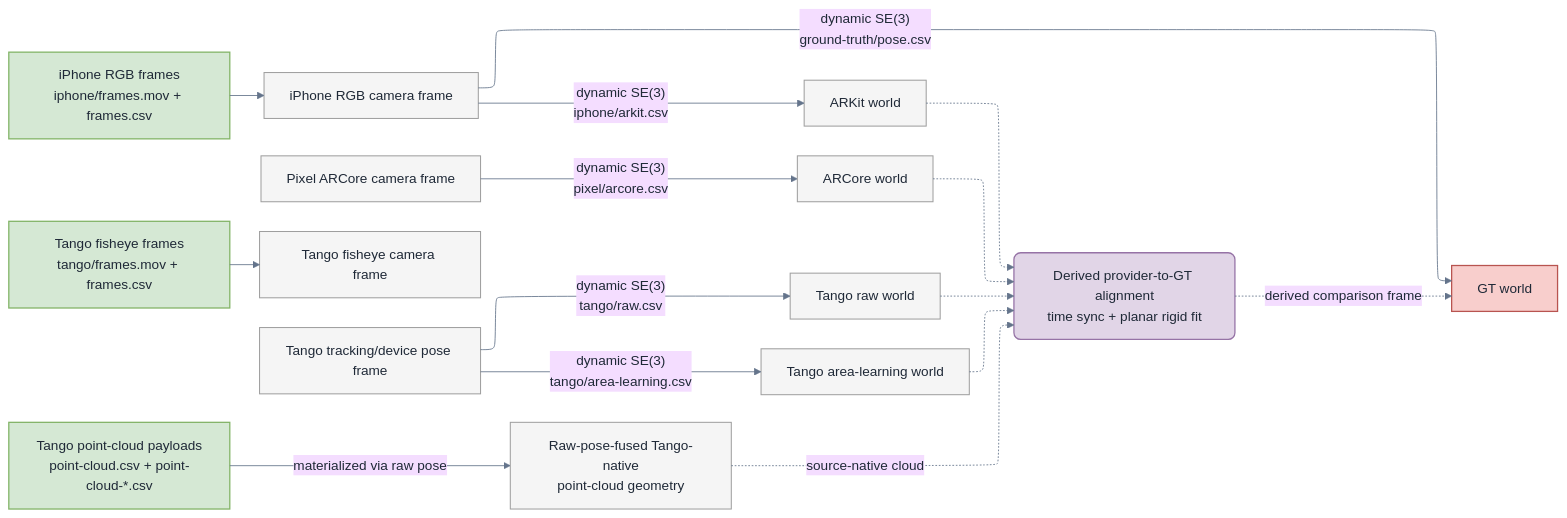
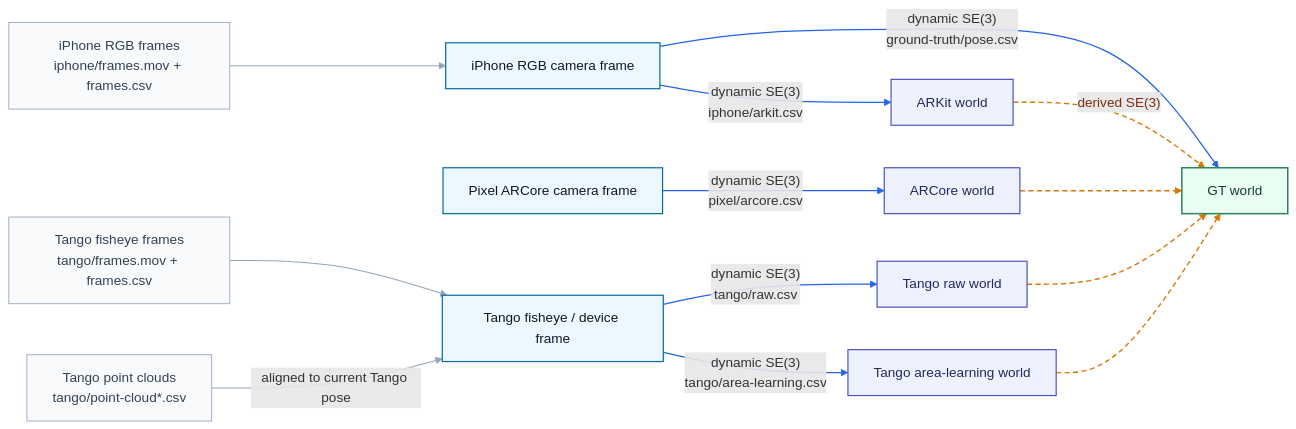
One commit to JanDuchscherer104/prml-vslam changed the diagram in docs/figures/mermaid/advio-transform-tree.mmd. Above: the diagram before and after it, drawn with Mermaid. The commit also changed 29 other files, not shown here.

```diff
--- a/docs/figures/mermaid/advio-transform-tree.mmd
+++ b/docs/figures/mermaid/advio-transform-tree.mmd
@@ -1,65 +1,58 @@
----
-config:
-  theme: base
-  htmlLabels: true
-  flowchart:
-    htmlLabels: true
-    nodeSpacing: 28
-    rankSpacing: 44
-    curve: basis
-  layout: elk
-  themeVariables:
-    background: "#ffffff"
-    fontFamily: "Inter, DejaVu Sans, Arial, sans-serif"
-    fontSize: "16px"
-    primaryTextColor: "#1f2937"
-    lineColor: "#64748b"
-  themeCSS: |
-    .nodeLabel { font-size: 16px; }
-    .edgeLabel { font-size: 14px; }
-    .cluster-label { font-size: 16px; font-weight: 700; }
----
 flowchart LR
-  IRGB["iPhone RGB frames<br/>iphone/frames.mov + frames.csv"]
-  TRGB["Tango fisheye frames<br/>tango/frames.mov + frames.csv"]
-  TPC["Tango point-cloud payloads<br/>point-cloud.csv + point-cloud-*.csv"]
-
   ICAM["iPhone RGB camera frame"]
   PCAM["Pixel ARCore camera frame"]
-  TFCAM["Tango fisheye camera frame"]
-  TDEV["Tango tracking/device pose frame"]
-  TPN["Raw-pose-fused Tango-native<br/>point-cloud geometry"]
+  TCAM["Tango fisheye / device frame"]
 
   GTW["GT world"]
   ARKW["ARKit world"]
   ARCW["ARCore world"]
   TRW["Tango raw world"]
   TAW["Tango area-learning world"]
-  ALIGN["Derived provider-to-GT alignment<br/>time sync + planar rigid fit"]
+
+  IRGB["iPhone RGB frames<br/>iphone/frames.mov + frames.csv"]
+  TRGB["Tango fisheye frames<br/>tango/frames.mov + frames.csv"]
+  TPC["Tango point clouds<br/>tango/point-cloud*.csv"]
 
   IRGB --> ICAM
-  TRGB --> TFCAM
-  TPC -->|"materialized via raw pose"| TPN
+  TRGB --> TCAM
+  TPC -->|"aligned to current Tango pose"| TCAM
 
   ICAM -->|"dynamic SE(3)<br/>ground-truth/pose.csv"| GTW
   ICAM -->|"dynamic SE(3)<br/>iphone/arkit.csv"| ARKW
   PCAM -->|"dynamic SE(3)<br/>pixel/arcore.csv"| ARCW
-  TDEV -->|"dynamic SE(3)<br/>tango/raw.csv"| TRW
-  TDEV -->|"dynamic SE(3)<br/>tango/area-learning.csv"| TAW
+  TCAM -->|"dynamic SE(3)<br/>tango/raw.csv"| TRW
+  TCAM -->|"dynamic SE(3)<br/>tango/area-learning.csv"| TAW
 
-  ARKW -.-> ALIGN
-  ARCW -.-> ALIGN
-  TRW -.-> ALIGN
-  TAW -.-> ALIGN
-  TPN -.->|"source-native cloud"| ALIGN
-  ALIGN -.->|"derived comparison frame"| GTW
+  ARKW -.->|"derived SE(3)"| GTW
+  ARCW -.-> GTW
+  TRW -.-> GTW
+  TAW -.-> GTW
 
-  classDef input fill:#D5E8D4,stroke:#82B366,stroke-width:1.5px,rx:0,ry:0;
-  classDef output fill:#F8CECC,stroke:#B85450,stroke-width:1.5px,rx:0,ry:0;
-  classDef compute fill:#E1D5E7,stroke:#9673A6,stroke-width:1.5px,rx:8,ry:8;
-  classDef data fill:#F5F5F5,stroke:#9E9E9E,stroke-width:1.2px,rx:0,ry:0;
+  style GTW fill:#e9fff3,stroke:#2f855a,color:#163d2a,stroke-width:1.8px
+  style ARKW fill:#eef2ff,stroke:#4c51bf,color:#27275b,stroke-width:1.4px
+  style ARCW fill:#eef2ff,stroke:#4c51bf,color:#27275b,stroke-width:1.4px
+  style TRW fill:#eef2ff,stroke:#4c51bf,color:#27275b,stroke-width:1.4px
+  style TAW fill:#eef2ff,stroke:#4c51bf,color:#27275b,stroke-width:1.4px
 
-  class IRGB,TRGB,TPC input;
-  class ICAM,PCAM,TFCAM,TDEV,TPN,ARKW,ARCW,TRW,TAW data;
-  class ALIGN compute;
-  class GTW output;
+  style ICAM fill:#edf7ff,stroke:#0369a1,color:#0f172a,stroke-width:1.4px
+  style PCAM fill:#edf7ff,stroke:#0369a1,color:#0f172a,stroke-width:1.4px
+  style TCAM fill:#edf7ff,stroke:#0369a1,color:#0f172a,stroke-width:1.4px
+
+  style IRGB fill:#f8fafc,stroke:#94a3b8,color:#334155
+  style TRGB fill:#f8fafc,stroke:#94a3b8,color:#334155
+  style TPC fill:#f8fafc,stroke:#94a3b8,color:#334155
+
+  linkStyle 0 stroke:#94a3b8,stroke-width:1.2px
+  linkStyle 1 stroke:#94a3b8,stroke-width:1.2px
+  linkStyle 2 stroke:#94a3b8,stroke-width:1.2px
+
+  linkStyle 3 stroke:#2563eb,stroke-width:1.5px
+  linkStyle 4 stroke:#2563eb,stroke-width:1.5px
+  linkStyle 5 stroke:#2563eb,stroke-width:1.5px
+  linkStyle 6 stroke:#2563eb,stroke-width:1.5px
+  linkStyle 7 stroke:#2563eb,stroke-width:1.5px
+
+  linkStyle 8 stroke:#d97706,stroke-width:1.6px,stroke-dasharray:6 4,color:#7c2d12
+  linkStyle 9 stroke:#d97706,stroke-width:1.6px,stroke-dasharray:6 4,color:#7c2d12
+  linkStyle 10 stroke:#d97706,stroke-width:1.6px,stroke-dasharray:6 4,color:#7c2d12
+  linkStyle 11 stroke:#d97706,stroke-width:1.6px,stroke-dasharray:6 4,color:#7c2d12
```
